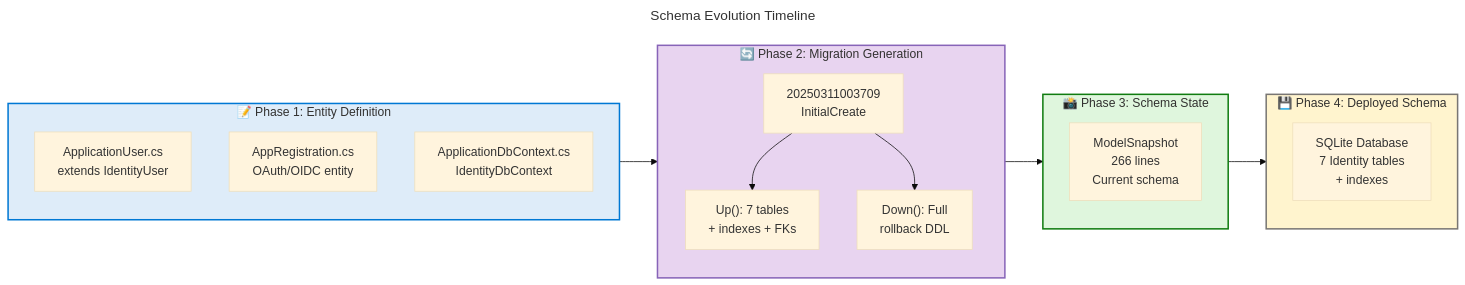
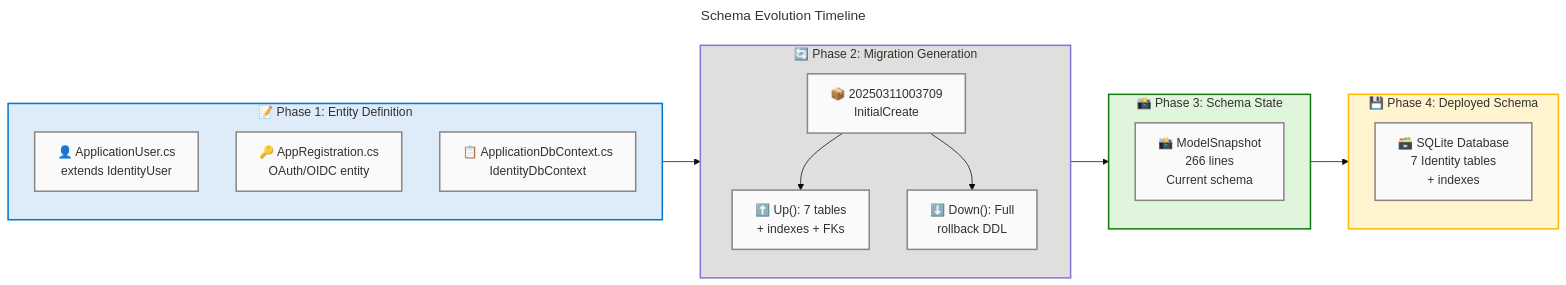
The eighth of 13 diagrams in docs/architecture/data-architecture.md (Evilazaro/IdentityProvider), drawn with Mermaid before and after one commit. The commit also changed other lines of this file, not shown here.

Commit message:
Enhance data architecture diagrams with accessibility features and improved styling for clarity

````diff
--- a/docs/architecture/data-architecture.md
+++ b/docs/architecture/data-architecture.md
@@ -666,47 +731,57 @@
 ```mermaid
 ---
 title: Schema Evolution Timeline
 config:
   theme: base
   look: classic
   layout: dagre
   themeVariables:
     fontSize: '16px'
   flowchart:
     htmlLabels: true
 ---
 flowchart LR
     accTitle: Schema Evolution Timeline
     accDescr: Timeline diagram showing the schema evolution history from initial entity definition through migration generation to current deployed schema state
 
+    %% ── AZURE / FLUENT v1.1 ──────────────────────────────────
+    %% PHASE 1 — Structural ✔  direction explicit, nesting ≤ 3
+    %% PHASE 2 — Semantic   ✔  neutral-first, max 5 classes
+    %% PHASE 3 — Font       ✔  dark text on light bg
+    %% PHASE 4 — Accessibility ✔  accTitle + accDescr present
+    %% PHASE 5 — Standards  ✔  centralized classDefs below
+    %% ─────────────────────────────────────────────────────────
+
     subgraph PHASE1["📝 Phase 1: Entity Definition"]
-        E1["ApplicationUser.cs\nextends IdentityUser"]
-        E2["AppRegistration.cs\nOAuth/OIDC entity"]
-        E3["ApplicationDbContext.cs\nIdentityDbContext"]
+        E1["👤 ApplicationUser.cs\nextends IdentityUser"]:::neutral
+        E2["🔑 AppRegistration.cs\nOAuth/OIDC entity"]:::neutral
+        E3["📋 ApplicationDbContext.cs\nIdentityDbContext"]:::neutral
     end
 
     subgraph PHASE2["🔄 Phase 2: Migration Generation"]
-        M1["20250311003709\nInitialCreate"]
-        M1_UP["Up(): 7 tables\n+ indexes + FKs"]
-        M1_DOWN["Down(): Full\nrollback DDL"]
+        M1["📦 20250311003709\nInitialCreate"]:::neutral
+        M1_UP["⬆️ Up(): 7 tables\n+ indexes + FKs"]:::neutral
+        M1_DOWN["⬇️ Down(): Full\nrollback DDL"]:::neutral
     end
 
     subgraph PHASE3["📸 Phase 3: Schema State"]
-        S1["ModelSnapshot\n266 lines\nCurrent schema"]
+        S1["📸 ModelSnapshot\n266 lines\nCurrent schema"]:::neutral
     end
 
     subgraph PHASE4["💾 Phase 4: Deployed Schema"]
-        D1["SQLite Database\n7 Identity tables\n+ indexes"]
+        D1["🗃️ SQLite Database\n7 Identity tables\n+ indexes"]:::neutral
     end
 
     PHASE1 --> PHASE2
     M1 --> M1_UP
     M1 --> M1_DOWN
     PHASE2 --> PHASE3
     PHASE3 --> PHASE4
 
+    classDef neutral fill:#FAFAFA,stroke:#8A8886,stroke-width:2px,color:#323130
+
     style PHASE1 fill:#DEECF9,stroke:#0078D4,stroke-width:2px,color:#323130
-    style PHASE2 fill:#E8D4F0,stroke:#8764B8,stroke-width:2px,color:#323130
+    style PHASE2 fill:#E1DFDD,stroke:#8378DE,stroke-width:2px,color:#323130
     style PHASE3 fill:#DFF6DD,stroke:#107C10,stroke-width:2px,color:#323130
-    style PHASE4 fill:#FFF4CE,stroke:#797673,stroke-width:2px,color:#323130
+    style PHASE4 fill:#FFF4CE,stroke:#FFB900,stroke-width:2px,color:#323130
 ```
````
